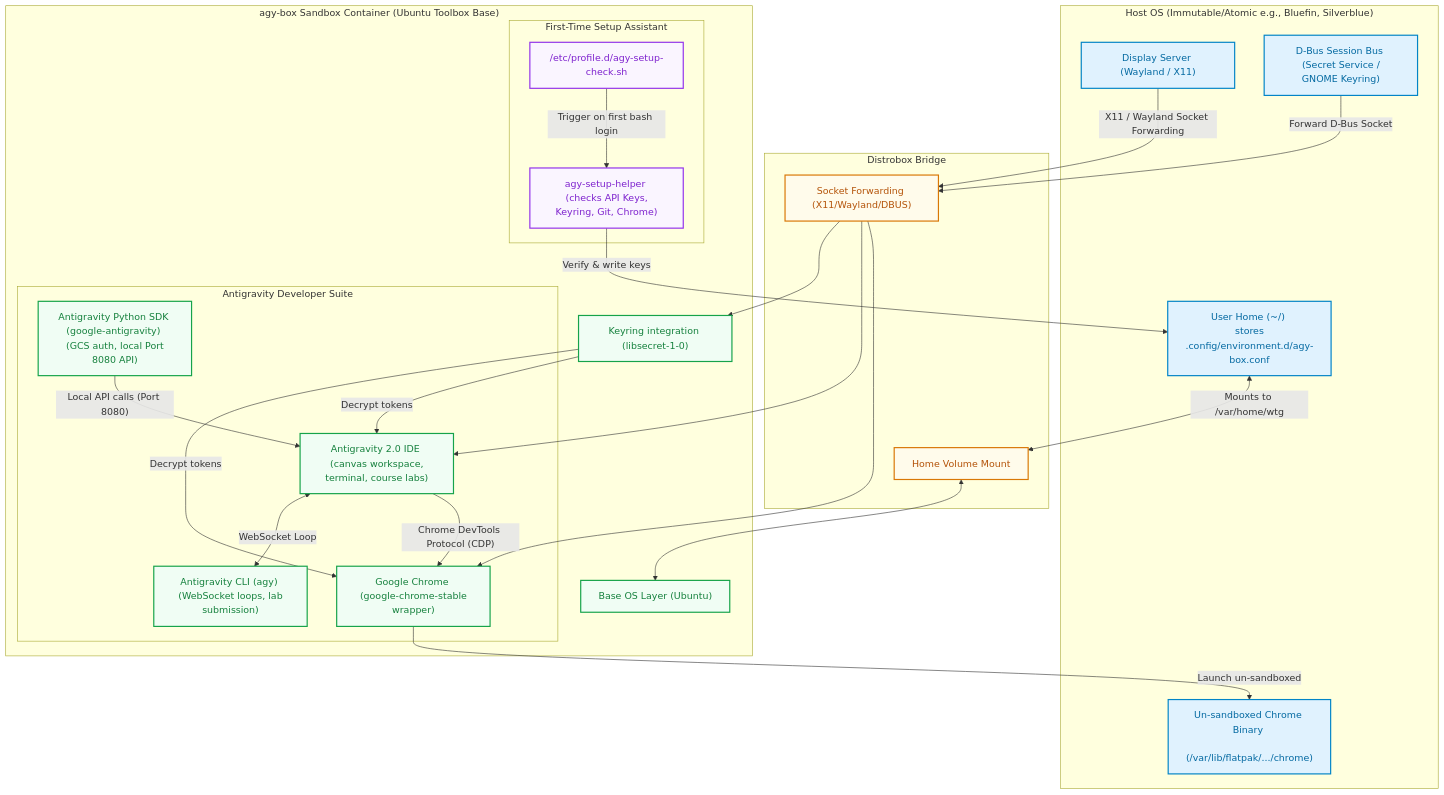
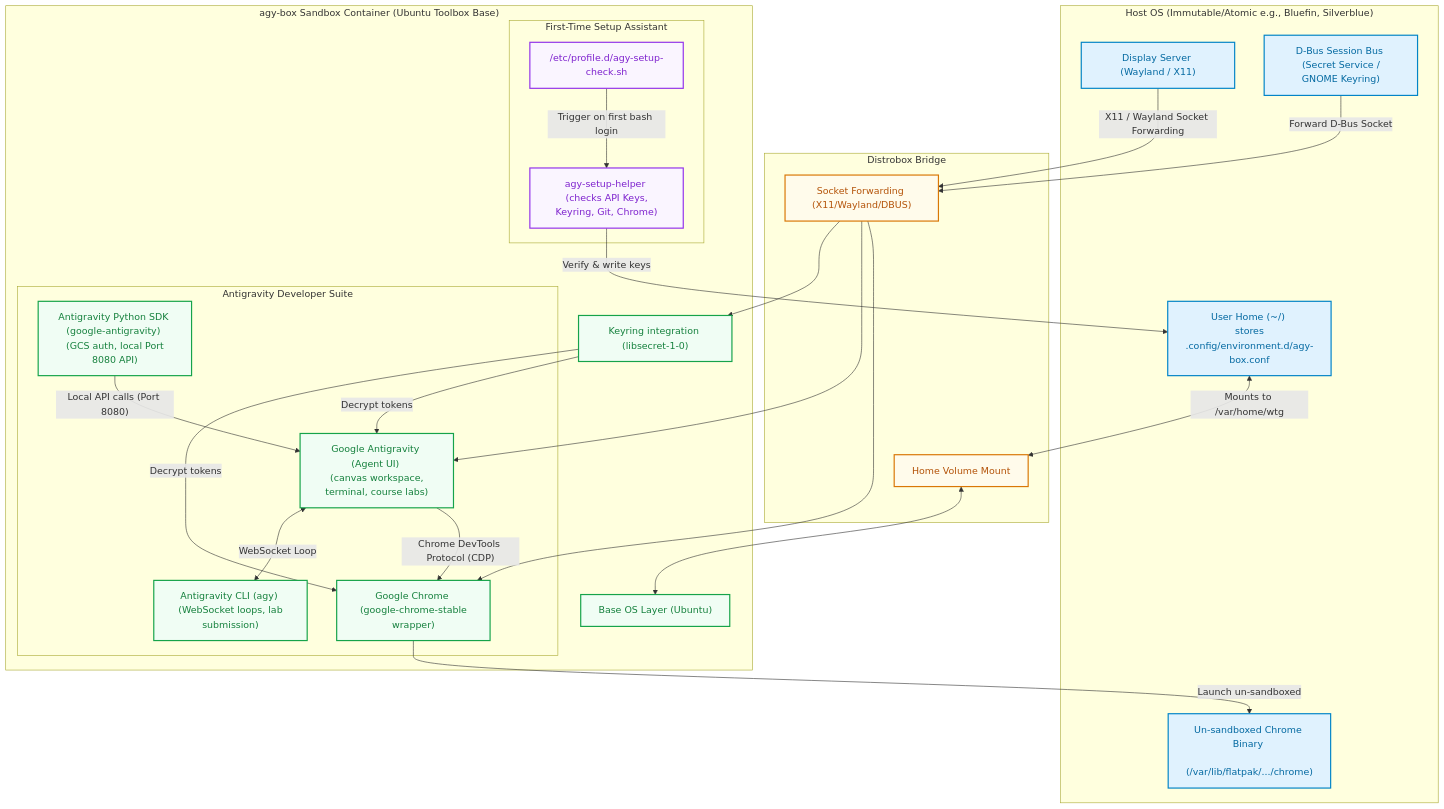
Before and after one commit to wtg-codes/agy-box: the first of 2 diagrams in README.md, drawn with Mermaid. The commit also changed other lines of this file and 8 other files, not shown here.

First line of the commit message:
refactor: rename Antigravity 2.0 to Google Antigravity (Agent UI)

````diff
--- a/README.md
+++ b/README.md
@@ -80,62 +80,62 @@
 ```mermaid
 graph TD
     subgraph Host ["Host OS (Immutable/Atomic e.g., Bluefin, Silverblue)"]
         UserHome["User Home (~/) <br> stores .config/environment.d/agy-box.conf"]
         Display["Display Server (Wayland / X11)"]
         DBus["D-Bus Session Bus <br> (Secret Service / GNOME Keyring)"]
         FlatpakChrome["Un-sandboxed Chrome Binary <br> (/var/lib/flatpak/.../chrome)"]
     end
 
     subgraph Bridge ["Distrobox Bridge"]
         MountHome["Home Volume Mount"]
         ForwardSockets["Socket Forwarding (X11/Wayland/DBUS)"]
     end
 
     subgraph Sandbox ["agy-box Sandbox Container (Ubuntu Toolbox Base)"]
         BaseOS["Base OS Layer (Ubuntu)"]
         KeyringClient["Keyring integration (libsecret-1-0)"]
         
         subgraph Setup ["First-Time Setup Assistant"]
             SetupHelper["agy-setup-helper <br> (checks API Keys, Keyring, Git, Chrome)"]
             ProfileHook["/etc/profile.d/agy-setup-check.sh"]
         end
 
         subgraph Suite ["Antigravity Developer Suite"]
-            IDE["Antigravity 2.0 IDE <br> (canvas workspace, terminal, course labs)"]
+            IDE["Google Antigravity (Agent UI) <br> (canvas workspace, terminal, course labs)"]
             CLI["Antigravity CLI (agy) <br> (WebSocket loops, lab submission)"]
             SDK["Antigravity Python SDK (google-antigravity) <br> (GCS auth, local Port 8080 API)"]
             ChromeWrapper["Google Chrome <br> (google-chrome-stable wrapper)"]
         end
     end
 
     UserHome <-->|"Mounts to /var/home/wtg"| MountHome
     MountHome <--> BaseOS
     
     DBus -->|"Forward D-Bus Socket"| ForwardSockets
     ForwardSockets --> KeyringClient
     KeyringClient -->|"Decrypt tokens"| ChromeWrapper
     KeyringClient -->|"Decrypt tokens"| IDE
     
     Display -->|"X11 / Wayland Socket Forwarding"| ForwardSockets
     ForwardSockets --> IDE
     ForwardSockets --> ChromeWrapper
     
     IDE <-->|"WebSocket Loop"| CLI
     SDK -->|"Local API calls (Port 8080)"| IDE
     IDE -->|"Chrome DevTools Protocol (CDP)"| ChromeWrapper
     ChromeWrapper -->|"Launch un-sandboxed"| FlatpakChrome
     
     ProfileHook -->|"Trigger on first bash login"| SetupHelper
     SetupHelper -->|"Verify & write keys"| UserHome
 
     %% Modern Theme Styling
     classDef host fill:#e0f2fe,stroke:#0284c7,stroke-width:2px,color:#0369a1;
     classDef bridge fill:#fffbeb,stroke:#d97706,stroke-width:2px,color:#b45309;
     classDef sandbox fill:#f0fdf4,stroke:#16a34a,stroke-width:2px,color:#15803d;
     classDef setup fill:#faf5ff,stroke:#9333ea,stroke-width:2px,color:#7e22ce;
 
     class UserHome,Display,DBus,FlatpakChrome host;
     class MountHome,ForwardSockets bridge;
     class BaseOS,KeyringClient,IDE,CLI,SDK,ChromeWrapper sandbox;
     class SetupHelper,ProfileHook setup;
 ```
````
